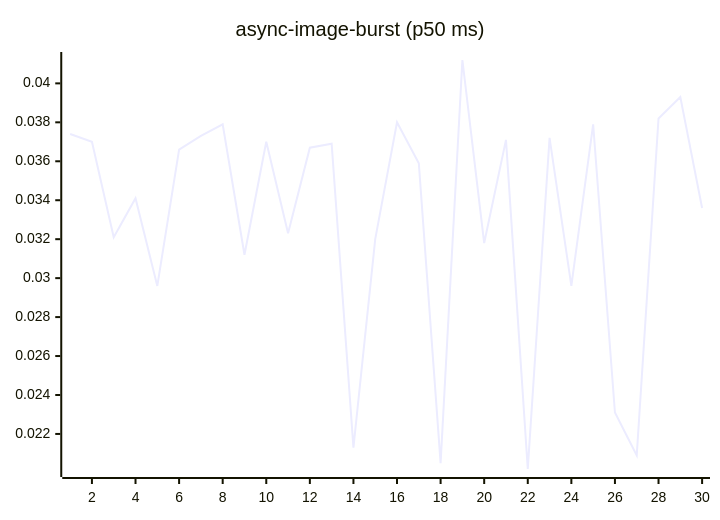
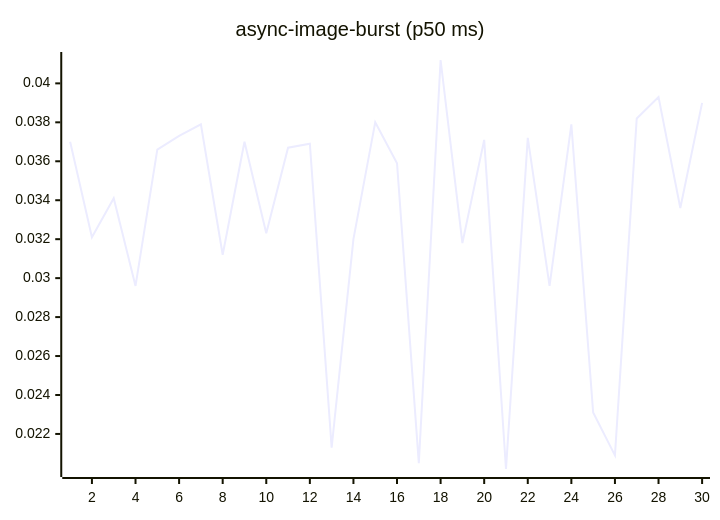
Before and after one commit to josha/Facet: the fourth of 27 diagrams in README.md, drawn with Mermaid. The commit also changed other lines of this file and 2 other files, not shown here.

````diff
--- a/README.md
+++ b/README.md
@@ -84,6 +84,6 @@
 ```mermaid
 xychart-beta
     title "async-image-burst (p50 ms)"
     x-axis 1 --> 30
-    line [0.0374, 0.0370, 0.0321, 0.0341, 0.0296, 0.0366, 0.0373, 0.0379, 0.0312, 0.0370, 0.0323, 0.0367, 0.0369, 0.0213, 0.0320, 0.0380, 0.0359, 0.0205, 0.0412, 0.0318, 0.0371, 0.0202, 0.0372, 0.0296, 0.0379, 0.0231, 0.0209, 0.0382, 0.0393, 0.0336]
+    line [0.0370, 0.0321, 0.0341, 0.0296, 0.0366, 0.0373, 0.0379, 0.0312, 0.0370, 0.0323, 0.0367, 0.0369, 0.0213, 0.0320, 0.0380, 0.0359, 0.0205, 0.0412, 0.0318, 0.0371, 0.0202, 0.0372, 0.0296, 0.0379, 0.0231, 0.0209, 0.0382, 0.0393, 0.0336, 0.0390]
 ```
````
